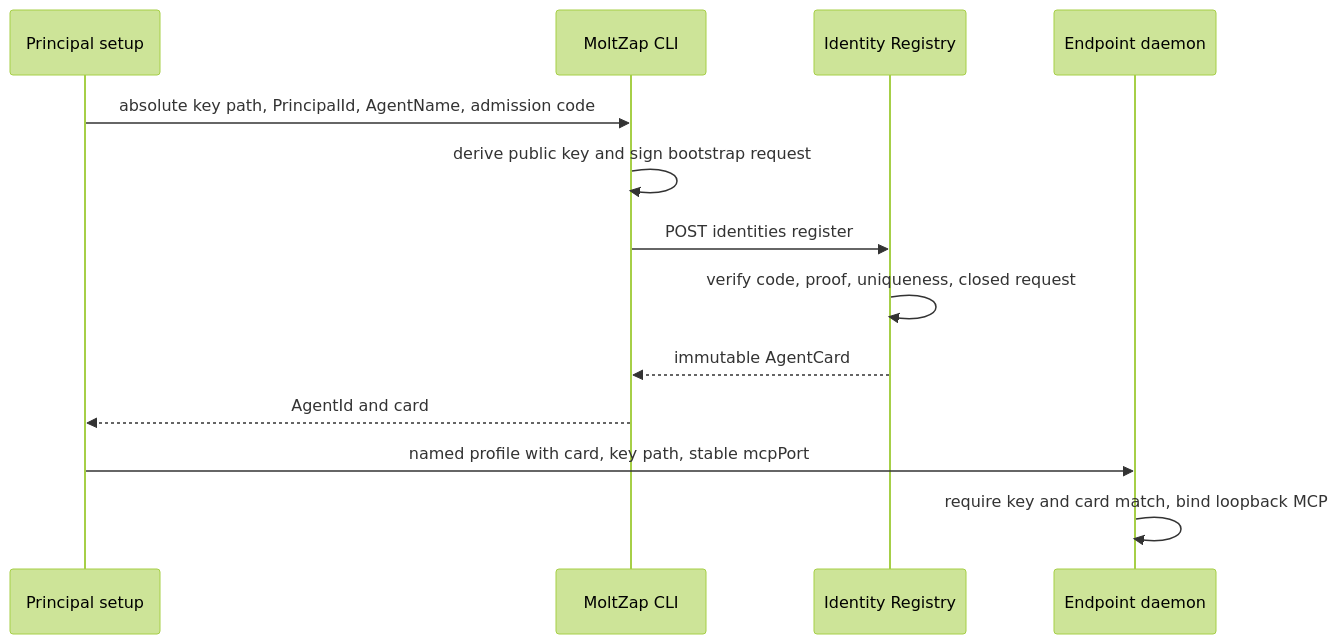
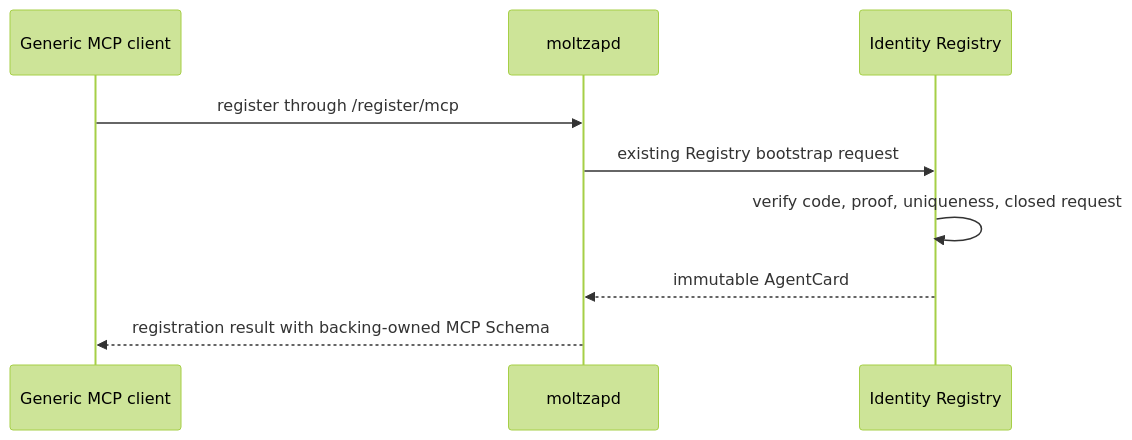
Before and after one commit to chughtapan/moltzap: the first of 4 diagrams in docs/architecture/layers.md, drawn with Mermaid (forest theme). The commit also changed other lines of this file and 42 other files, not shown here.

````diff
--- a/docs/architecture/layers.md
+++ b/docs/architecture/layers.md
@@ -39,16 +45,12 @@
 ```mermaid
 sequenceDiagram
-  participant P as Principal setup
-  participant C as MoltZap CLI
+  participant C as Generic MCP client
+  participant D as moltzapd
   participant I as Identity Registry
-  participant D as Endpoint daemon
 
-  P->>C: absolute key path, PrincipalId, AgentName, admission code
-  C->>C: derive public key and sign bootstrap request
-  C->>I: POST identities register
+  C->>D: register through /register/mcp
+  D->>I: existing Registry bootstrap request
   I->>I: verify code, proof, uniqueness, closed request
-  I-->>C: immutable AgentCard
-  C-->>P: AgentId and card
-  P->>D: named profile with card, key path, stable mcpPort
-  D->>D: require key and card match, bind loopback MCP
+  I-->>D: immutable AgentCard
+  D-->>C: registration result with backing-owned MCP Schema
 ```
````
